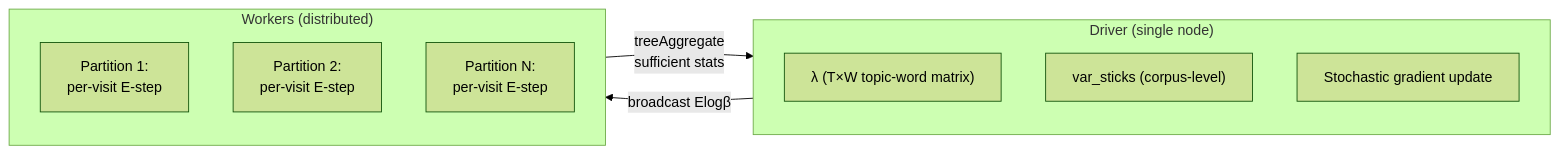
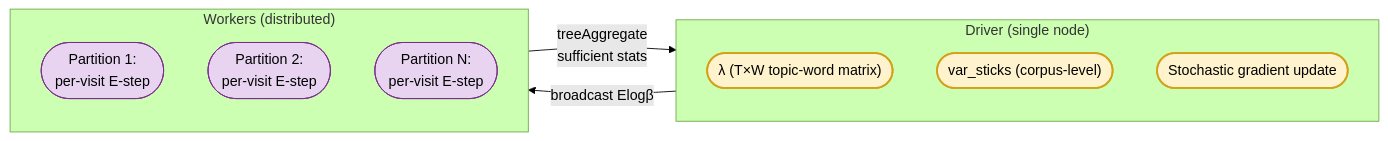
The fifth of 7 diagrams in TOPIC_STATE_MODELING.md (oneilsh/topic-state-space-modeling), drawn with Mermaid (forest theme) before and after one commit. The commit also changed other lines of this file and 5 other files, not shown here.

````diff
--- a/TOPIC_STATE_MODELING.md
+++ b/TOPIC_STATE_MODELING.md
@@ -381,17 +405,24 @@
 ```mermaid
 flowchart LR
     subgraph Driver["Driver (single node)"]
-        Lambda["λ (T×W topic-word matrix)"]
-        Sticks["var_sticks (corpus-level)"]
-        Update["Stochastic gradient update"]
+        Lambda(["λ (T×W topic-word matrix)"])
+        Sticks(["var_sticks (corpus-level)"])
+        Update(["Stochastic gradient update"])
     end
 
     subgraph Workers["Workers (distributed)"]
-        Doc1["Partition 1:<br/>per-visit E-step"]
-        Doc2["Partition 2:<br/>per-visit E-step"]
-        Doc3["Partition N:<br/>per-visit E-step"]
+        Doc1(["Partition 1:<br/>per-visit E-step"])
+        Doc2(["Partition 2:<br/>per-visit E-step"])
+        Doc3(["Partition N:<br/>per-visit E-step"])
     end
 
     Driver -->|"broadcast Elogβ"| Workers
     Workers -->|"treeAggregate<br/>sufficient stats"| Driver
+
+    style Lambda fill:#fff3cd,stroke:#d4a017,stroke-width:2px
+    style Sticks fill:#fff3cd,stroke:#d4a017,stroke-width:2px
+    style Update fill:#fff3cd,stroke:#d4a017,stroke-width:2px
+    style Doc1 fill:#e8d4f0,stroke:#7b2d8e,stroke-width:1px
+    style Doc2 fill:#e8d4f0,stroke:#7b2d8e,stroke-width:1px
+    style Doc3 fill:#e8d4f0,stroke:#7b2d8e,stroke-width:1px
 ```
````
